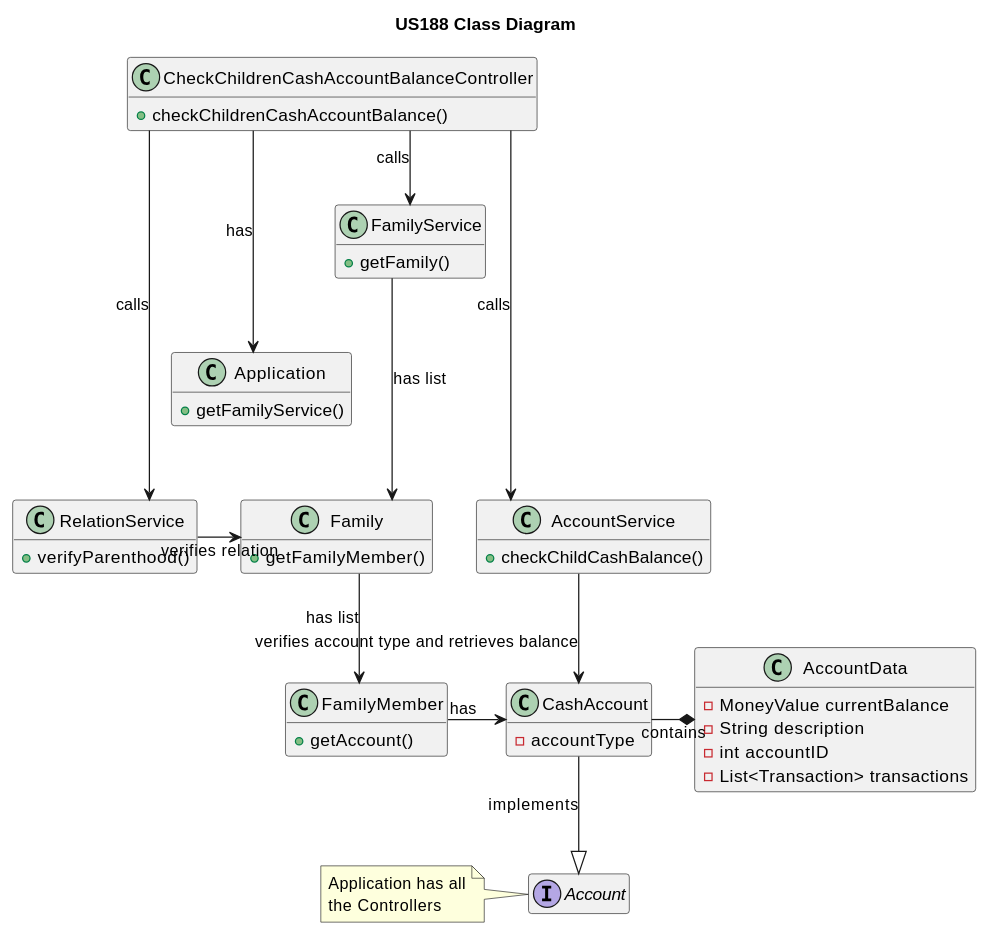
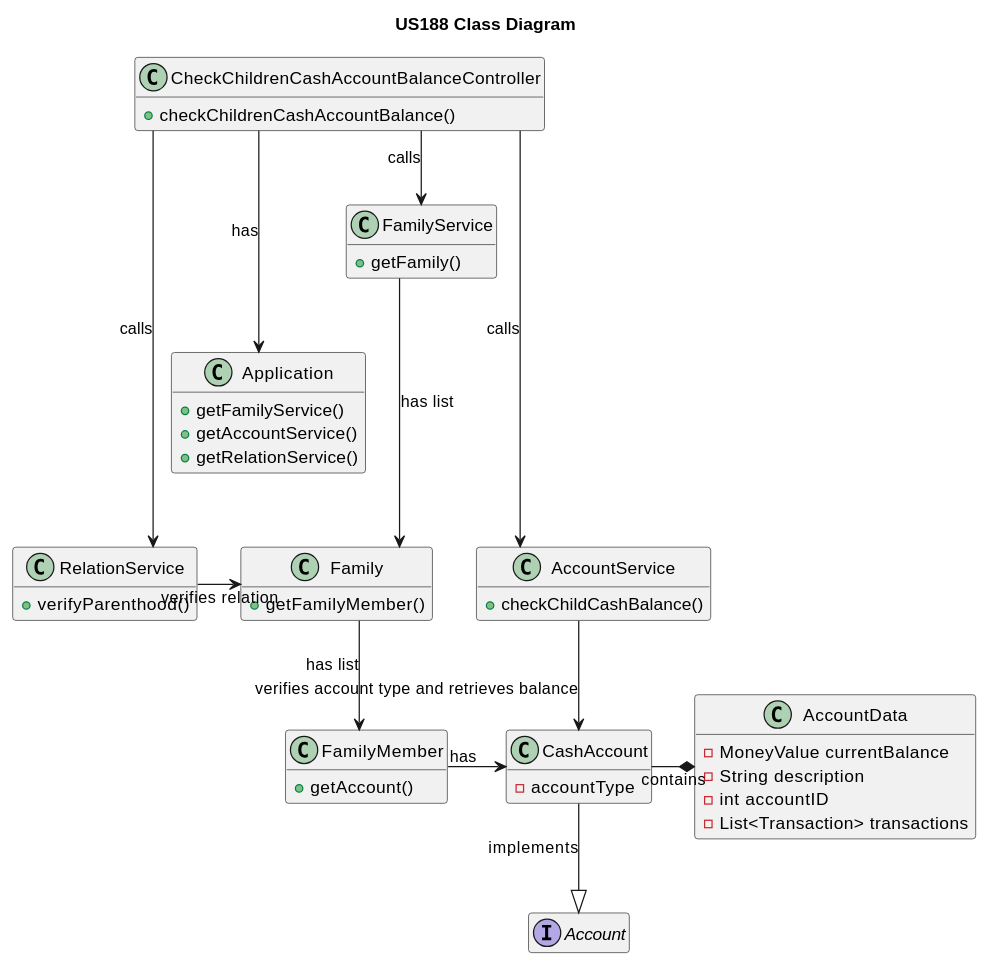
Before and after one commit to tomas-osswald/switch_2020_g3: the sixth of 6 diagrams in docs/sprint2/user_stories/US188_CheckChildrenCashAccountBalance.md, drawn with PlantUML. The commit also changed other lines of this file and 1 other file, not shown here.

````diff
--- a/docs/sprint2/user_stories/US188_CheckChildrenCashAccountBalance.md
+++ b/docs/sprint2/user_stories/US188_CheckChildrenCashAccountBalance.md
@@ -301,68 +332,69 @@
 ```puml
 
 title US188 Class Diagram
 hide empty members
 skinparam linetype ortho
 
 class CheckChildrenCashAccountBalanceController {
 + checkChildrenCashAccountBalance()
 }
 
 class Application {
 + getFamilyService()
++ getAccountService()
++ getRelationService()
 }
+
+class RelationService {
++ verifyParenthood()
+}
+
+class AccountService {
++ checkChildCashBalance()
+}
+
+class FamilyService {
++ getFamily()
+}
+
+
+class Family {
++ getFamilyMember()
+}
+
+class FamilyMember {
++ getAccount()
+}
+
+
+interface Account {}
 
 class CashAccount {
 - accountType
 }
 
 class AccountData {
 - MoneyValue currentBalance
 - String description
 - int accountID
 - List<Transaction> transactions
 }
 
 
-
-class RelationService {
-+ verifyParenthood()
-}
-
-class AccountService {
-+ checkChildCashBalance()
-}
-
-class FamilyService {
-+ getFamily()
-}
-
-class Family {
-+ getFamilyMember()
-}
-
-class FamilyMember {
-+ getAccount()
-}
-
-interface Account {}
-
-
 CheckChildrenCashAccountBalanceController ---> Application : has
-note left: Application has all\nthe Controllers
 CheckChildrenCashAccountBalanceController --> FamilyService : calls
 CheckChildrenCashAccountBalanceController ----> AccountService : calls
 CheckChildrenCashAccountBalanceController ----> RelationService : calls
 
 FamilyService --> Family : has list
 Family --> FamilyMember : has list
 
 FamilyMember -> CashAccount : has
 CashAccount --|> Account : implements
 CashAccount -* AccountData : contains
 RelationService -> Family : verifies relation
 
 AccountService --> CashAccount : verifies account type and retrieves balance
 
 
 ```
````
